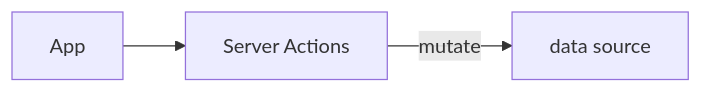
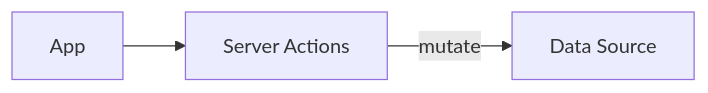
Before and after one commit to morinokami/zenn-docs: the second of 2 diagrams in articles/server-actions-with-react-hook-form.md, drawn with Mermaid. The commit also changed other lines of this file, not shown here.

````diff
--- a/articles/server-actions-with-react-hook-form.md
+++ b/articles/server-actions-with-react-hook-form.md
@@ -74,5 +73,5 @@
 ```mermaid
 graph LR
 APP[App]-->S2[Server Actions]
-S2-->|mutate|D[data source]
+S2-->|mutate|D[Data Source]
 ```
````
